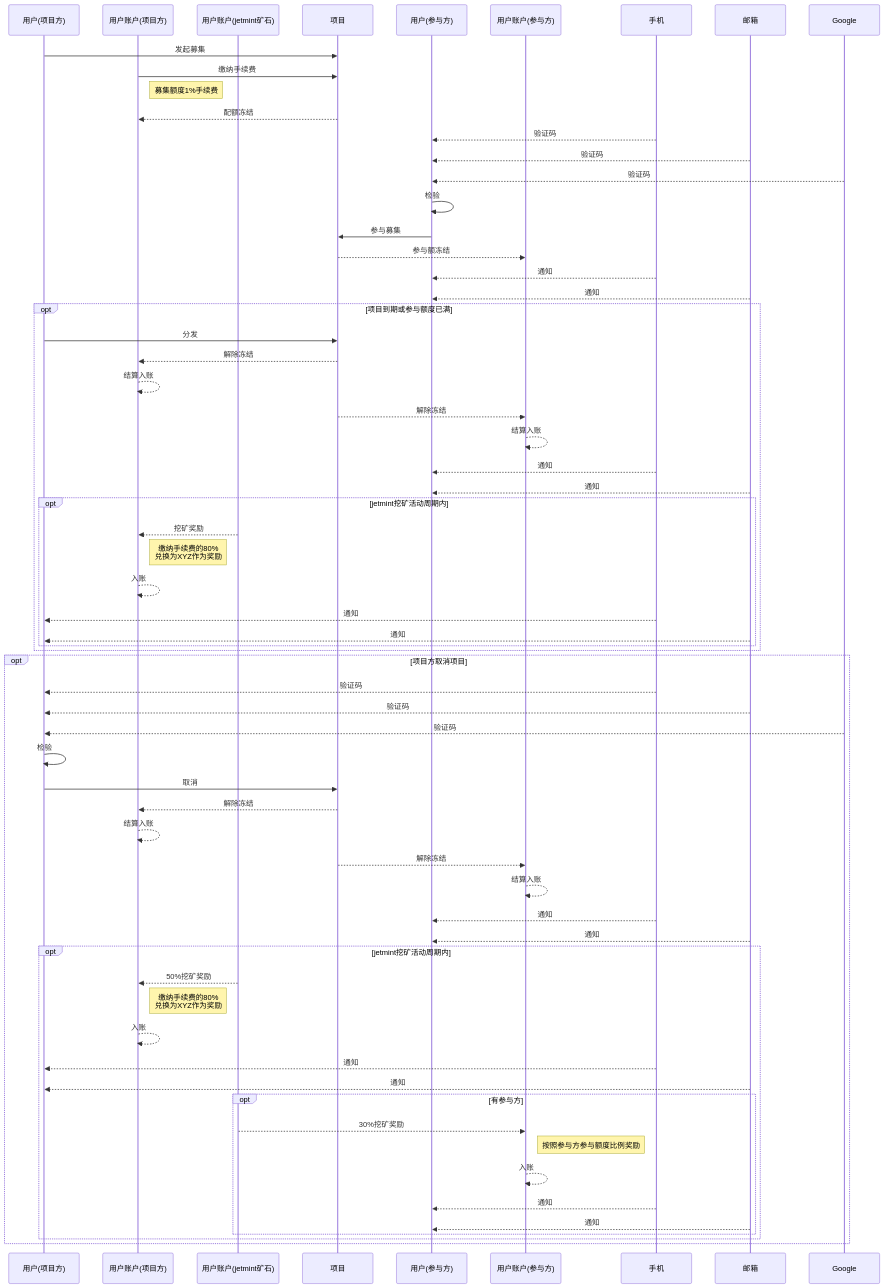
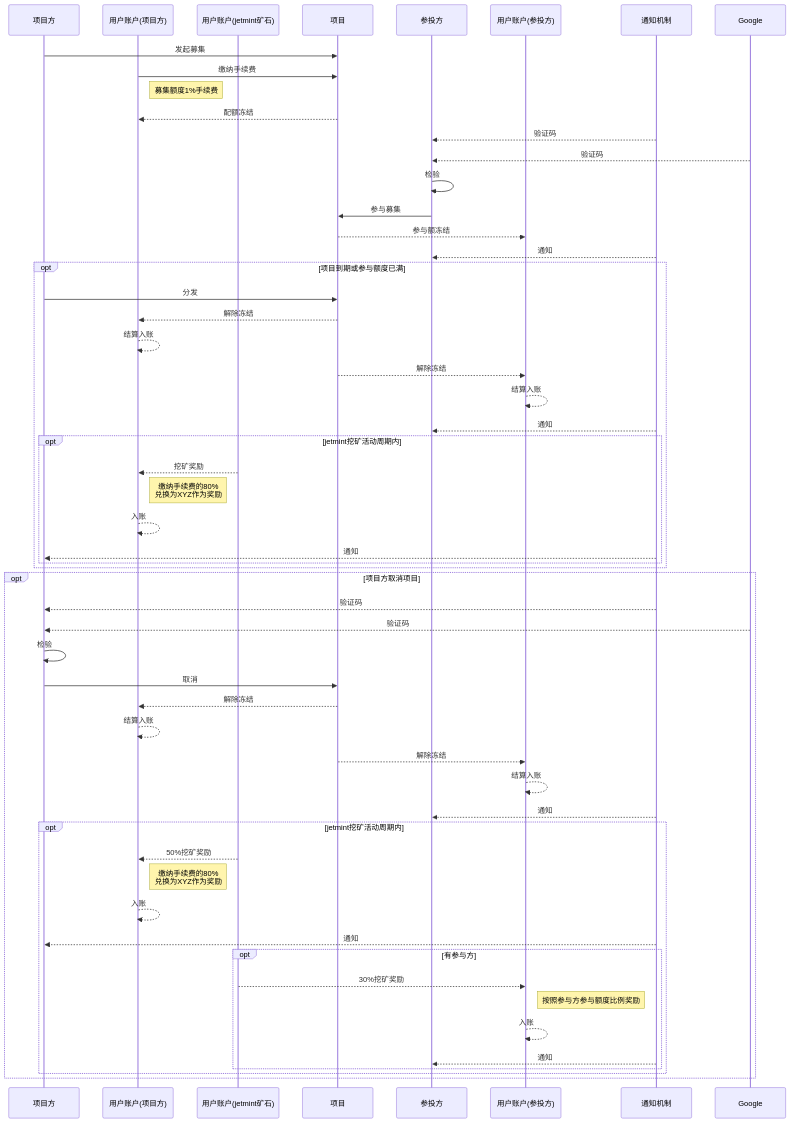
One commit to neomaclin/designdoc changed diagram 12 of 15 in Readme.md. Above: the diagram before and after it, drawn with Mermaid. The commit also changed other lines of this file, not shown here.

````diff
--- a/Readme.md
+++ b/Readme.md
@@ -223,70 +235,61 @@
 ```mermaid
 
 sequenceDiagram
-    participant u1 as 用户(项目方)
+    participant u1 as 项目方
     participant a1 as 用户账户(项目方)
     participant a3 as 用户账户(jetmint矿石)
     participant pr as 项目
-    participant u2 as 用户(参与方)
-    participant a2 as 用户账户(参与方)
-    participant p as 手机
-    participant m as 邮箱
+    participant u2 as 参投方
+    participant a2 as 用户账户(参投方)
+    participant n as 通知机制
     participant g as Google
 
     u1->>pr: 发起募集
     a1->>pr: 缴纳手续费
     note right of a1:募集额度1%手续费
     pr-->>a1: 配额冻结
-    p-->>u2: 验证码
-    m-->>u2: 验证码
+    n-->>u2: 验证码
     g-->>u2: 验证码
     u2->>u2: 检验
     u2->>pr: 参与募集
     pr-->>a2: 参与额冻结
-    p-->>u2: 通知
-    m-->>u2: 通知
+    n-->>u2: 通知
     opt 项目到期或参与额度已满
         u1->>pr: 分发
         pr-->>a1: 解除冻结
         a1-->>a1: 结算入账
         pr-->>a2: 解除冻结
         a2-->>a2: 结算入账
-        p-->>u2: 通知
-        m-->>u2: 通知
+        n-->>u2: 通知
         opt jetmint挖矿活动周期内
             a3-->>a1: 挖矿奖励
             note right of a1:缴纳手续费的80%<br>兑换为XYZ作为奖励 
             a1-->>a1:入账
-            p-->>u1: 通知
-            m-->>u1: 通知
+            n-->>u1: 通知
         end
     end
     opt 项目方取消项目
-        p-->>u1: 验证码
-        m-->>u1: 验证码
+        n-->>u1: 验证码
         g-->>u1: 验证码
         u1->>u1: 检验
         u1->>pr: 取消
         pr-->>a1: 解除冻结
         a1-->>a1: 结算入账
         pr-->>a2: 解除冻结
         a2-->>a2: 结算入账
-        p-->>u2: 通知
-        m-->>u2: 通知
+        n-->>u2: 通知
         opt jetmint挖矿活动周期内
             a3-->>a1: 50%挖矿奖励
             note right of a1:缴纳手续费的80%<br>兑换为XYZ作为奖励 
             a1-->>a1:入账
-            p-->>u1: 通知
-            m-->>u1: 通知
+            n-->>u1: 通知
             opt 有参与方
                 a3-->>a2: 30%挖矿奖励
                 note right of a2:按照参与方参与额度比例奖励 
                 a2-->>a2:入账
-                p-->>u2: 通知
-                m-->>u2: 通知
+                n-->>u2: 通知
             end
         end
     end
 
 ```
````
